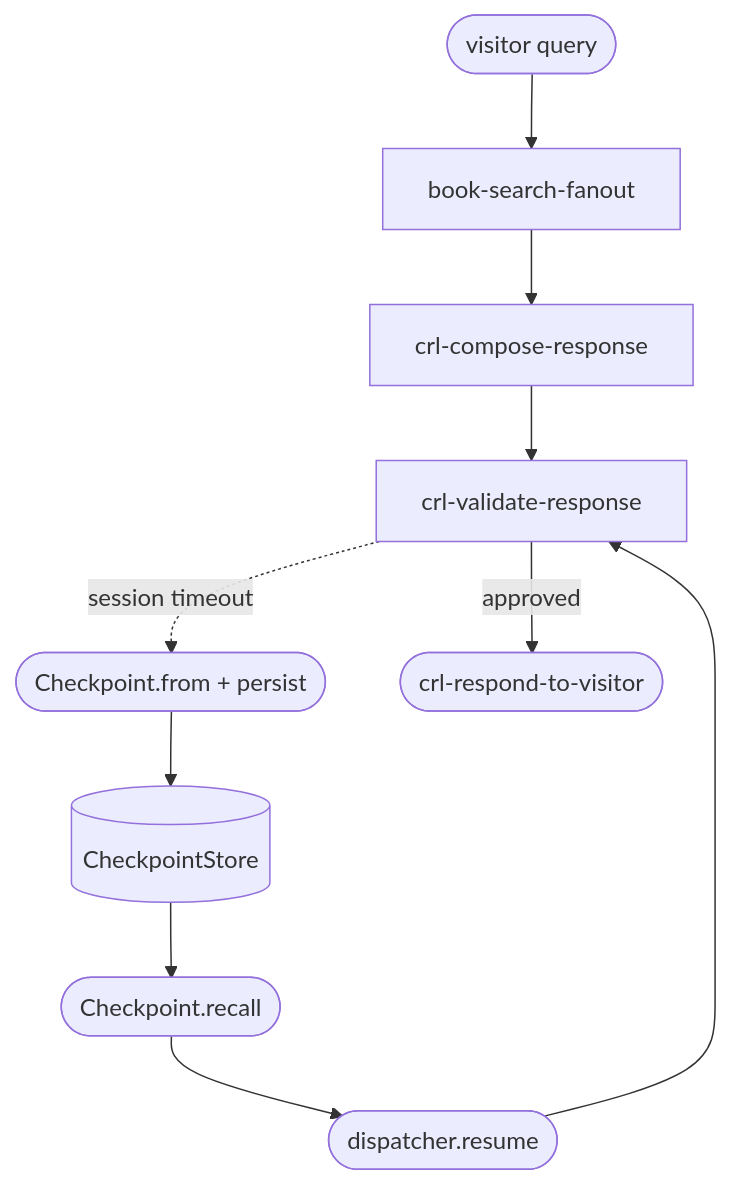
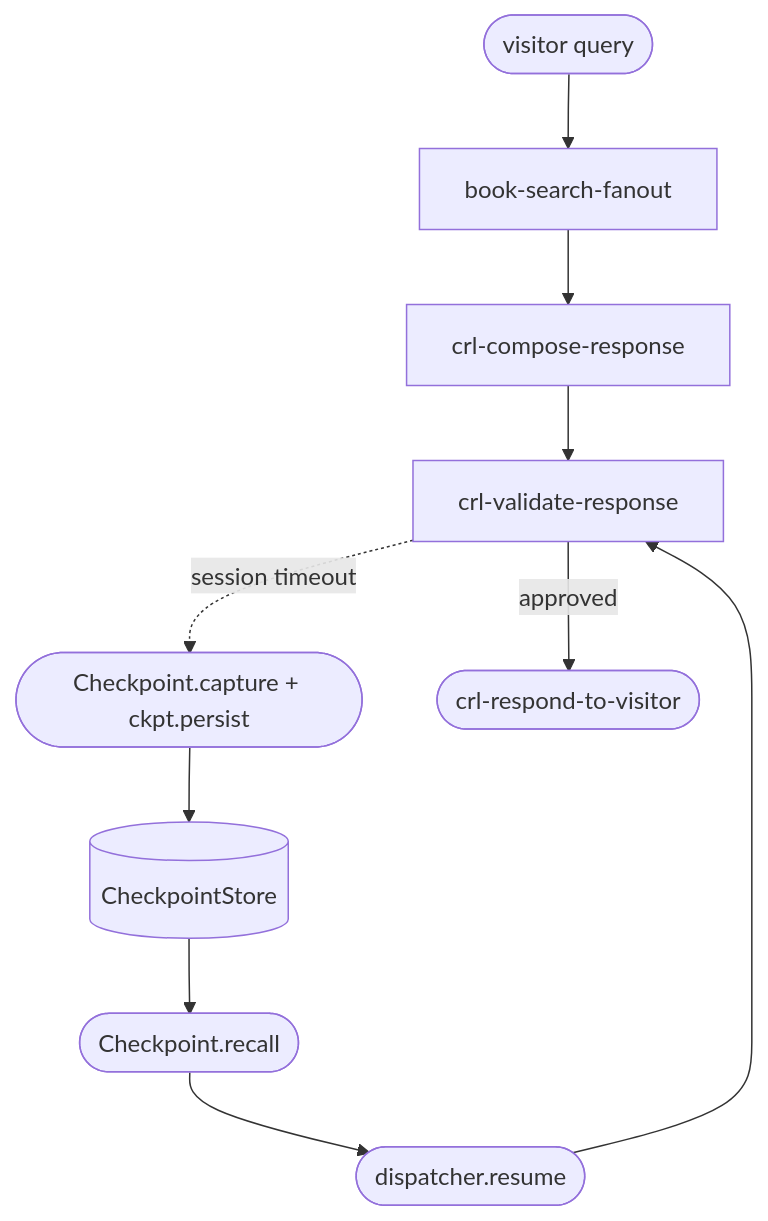
Before and after one commit to Studnicky/Dagonizer: the diagram in docs/examples/08-checkpoint.md, drawn with Mermaid. The commit also changed other lines of this file and 44 other files, not shown here.

````diff
--- a/docs/examples/08-checkpoint.md
+++ b/docs/examples/08-checkpoint.md
@@ -42,21 +42,21 @@
 ```mermaid
 flowchart TB
   start([visitor query])
   scouts[book-search-fanout]
   compose[crl-compose-response]
   validate[crl-validate-response]
-  ckpt([Checkpoint.from + persist])
+  ckpt([Checkpoint.capture + ckpt.persist])
   store[(CheckpointStore)]
   recall([Checkpoint.recall])
   resume([dispatcher.resume])
   respond([crl-respond-to-visitor])
   start --> scouts
   scouts --> compose
   compose --> validate
   validate -. session timeout .-> ckpt
   ckpt --> store
   store --> recall
   recall --> resume
   resume --> validate
   validate -->|approved| respond
 ```
````
